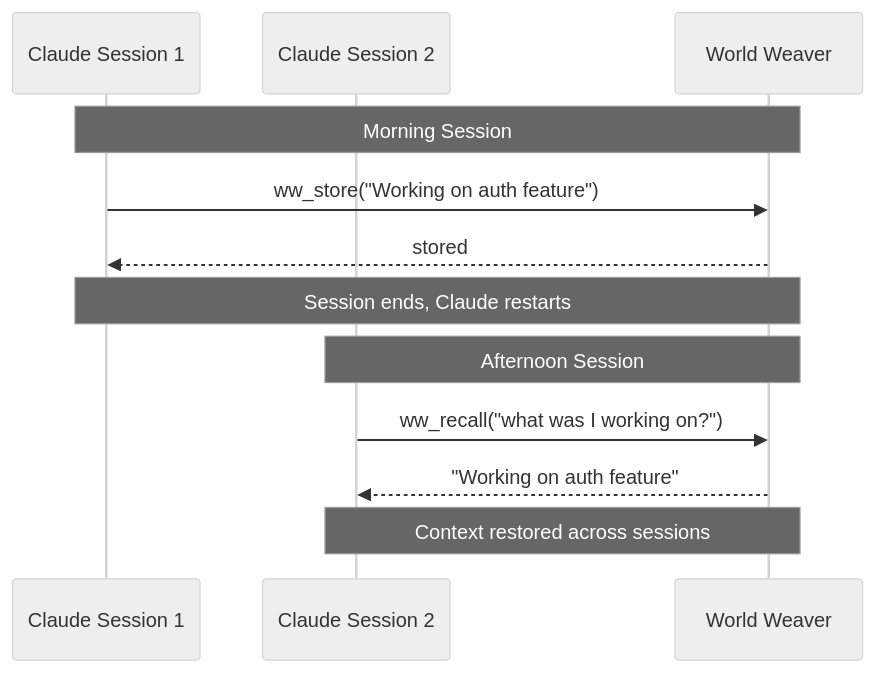
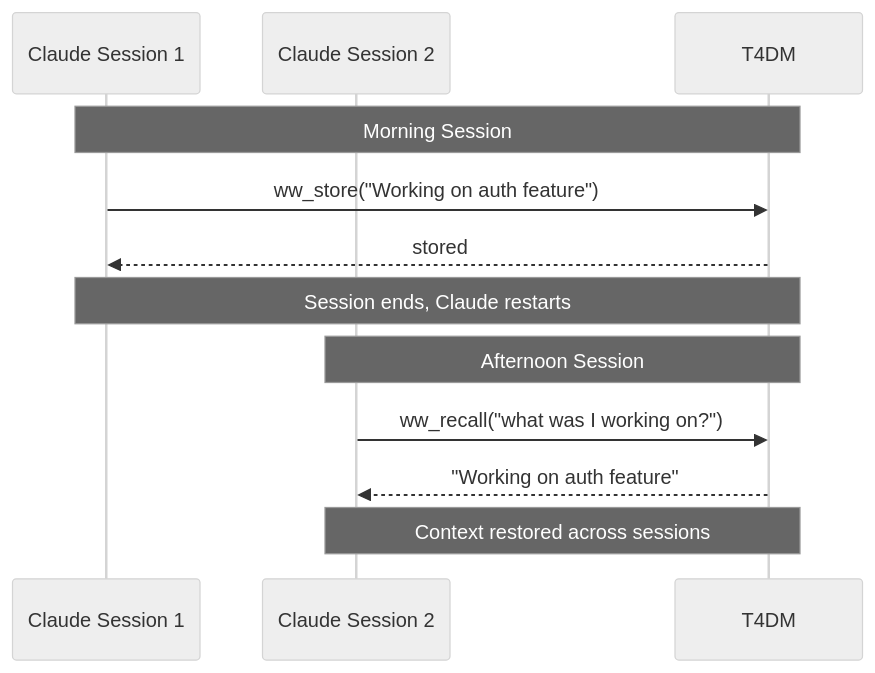
The tenth of 10 diagrams in docs/concepts/architecture.md (astoreyai/t4d), drawn with Mermaid (neutral theme) before and after one commit. The commit also changed other lines of this file and 394 other files, not shown here.

First line of the commit message:
Bulk rename World Weaver→T4DM across all documentation, diagrams, skills, agents

````diff
--- a/docs/concepts/architecture.md
+++ b/docs/concepts/architecture.md
@@ -382,18 +382,18 @@
 ```mermaid
 sequenceDiagram
     participant Claude1 as Claude Session 1
     participant Claude2 as Claude Session 2
-    participant WW as World Weaver
+    participant WW as T4DM
 
     Note over Claude1,WW: Morning Session
     Claude1->>WW: ww_store("Working on auth feature")
     WW-->>Claude1: stored
 
     Note over Claude1,WW: Session ends, Claude restarts
 
     Note over Claude2,WW: Afternoon Session
     Claude2->>WW: ww_recall("what was I working on?")
     WW-->>Claude2: "Working on auth feature"
 
     Note over Claude2,WW: Context restored across sessions
 ```
````
